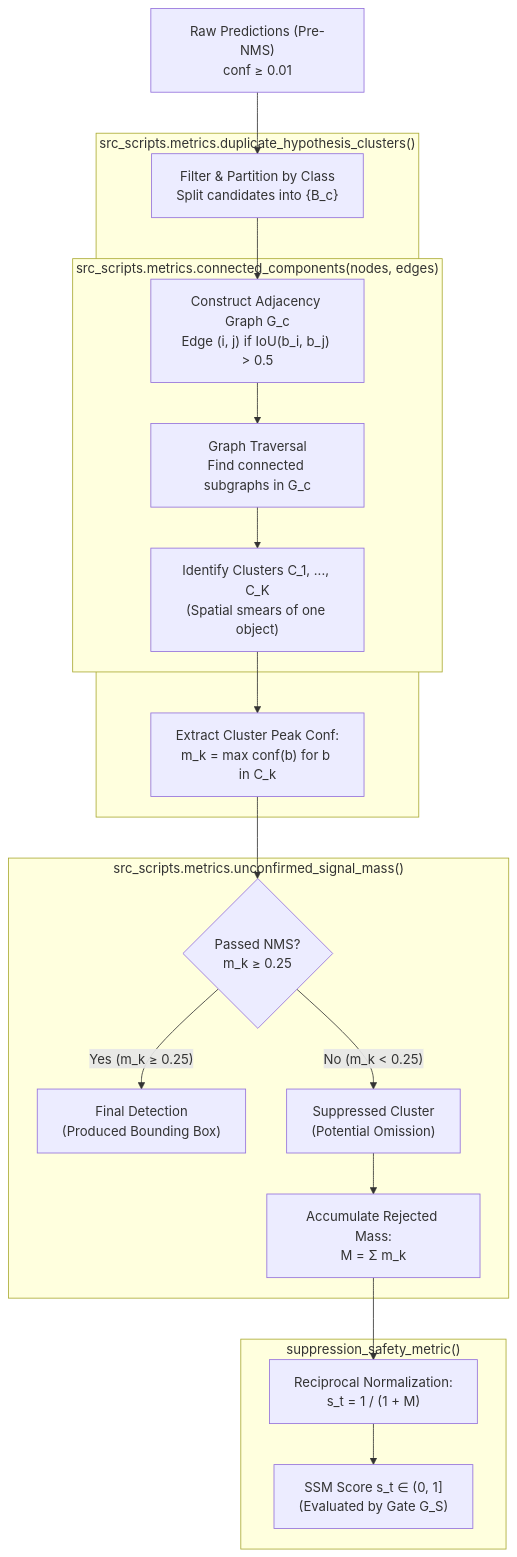
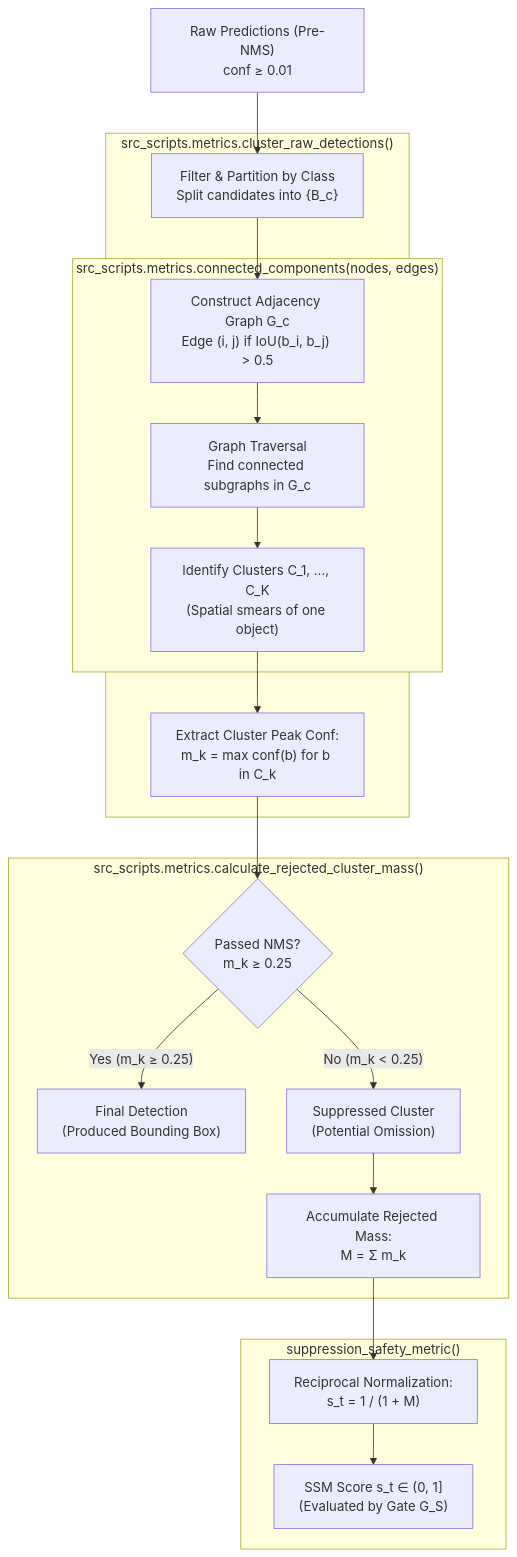
The diagram in README.md (michioD/kex-ef112x), drawn with Mermaid before and after one commit. The commit also changed 1 other file, not shown here.

Commit message:
style: more consistent names

````diff
--- a/README.md
+++ b/README.md
@@ -90,27 +90,27 @@
 ```mermaid
 flowchart TD
     Raw["Raw Predictions (Pre-NMS)<br/>conf &ge; 0.01"] --> Filter["Filter & Partition by Class<br/>Split candidates into {B_c}"]
     
-    subgraph DHC["src_scripts.metrics.duplicate_hypothesis_clusters()"]
+    subgraph DHC["src_scripts.metrics.cluster_raw_detections()"]
         Filter --> Adj["Construct Adjacency Graph G_c<br/>Edge (i, j) if IoU(b_i, b_j) > 0.5"]
         
         subgraph CC["src_scripts.metrics.connected_components(nodes, edges)"]
             Adj --> Search["Graph Traversal<br/>Find connected subgraphs in G_c"]
             Search --> Clust["Identify Clusters C_1, ..., C_K<br/>(Spatial smears of one object)"]
         end
         
         Clust --> Rep["Extract Cluster Peak Conf:<br/>m_k = max conf(b) for b in C_k"]
     end
     
-    subgraph USM["src_scripts.metrics.unconfirmed_signal_mass()"]
+    subgraph USM["src_scripts.metrics.calculate_rejected_cluster_mass()"]
         Rep --> Check{"Passed NMS?<br/>m_k &ge; 0.25"}
         Check -- "Yes (m_k &ge; 0.25)" --> Final["Final Detection<br/>(Produced Bounding Box)"]
         Check -- "No (m_k < 0.25)" --> Rejected["Suppressed Cluster<br/>(Potential Omission)"]
         Rejected --> Sum["Accumulate Rejected Mass:<br/>M = &Sigma; m_k"]
     end
     
     subgraph SSM_Func["suppression_safety_metric()"]
         Sum --> Squash["Reciprocal Normalization:<br/>s_t = 1 / (1 + M)"]
         Squash --> Out["SSM Score s_t &isin; (0, 1]<br/>(Evaluated by Gate G_S)"]
     end
 ```
````
